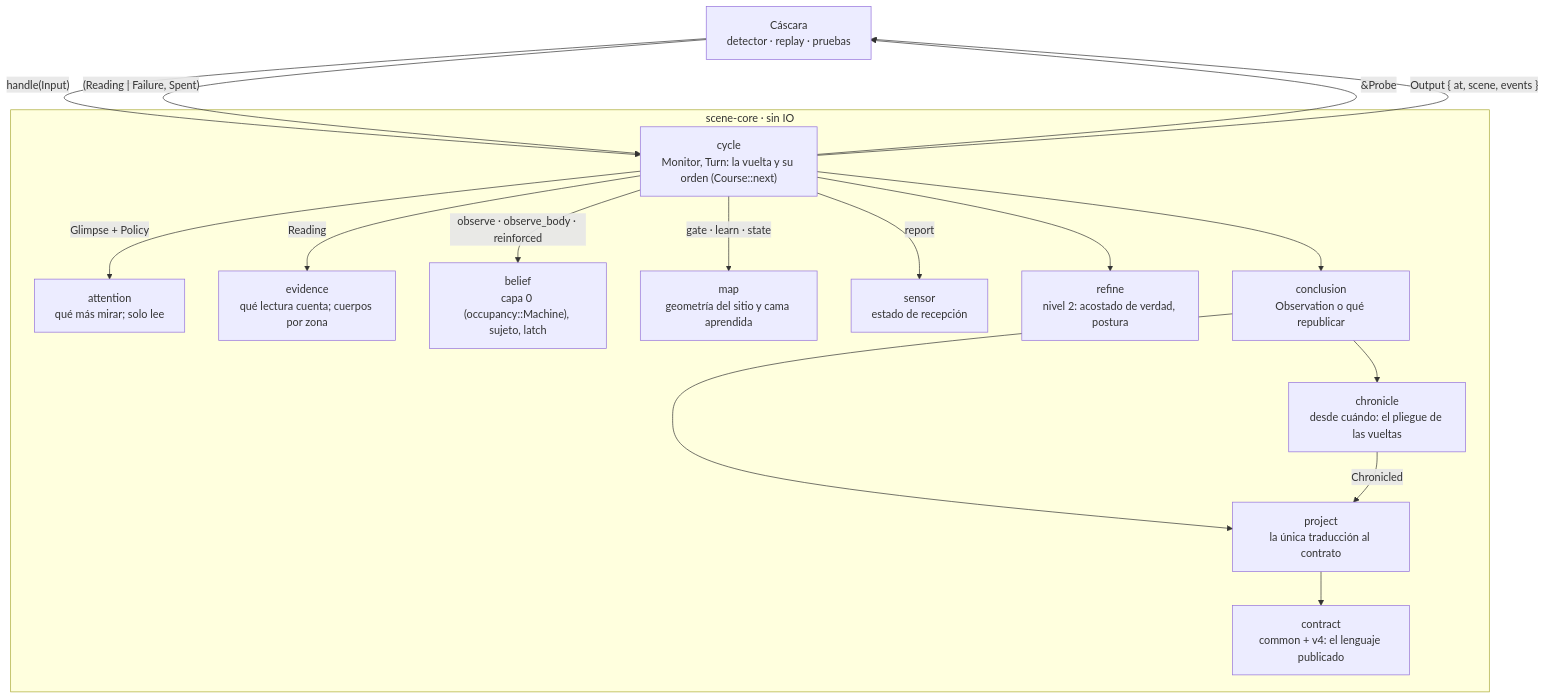
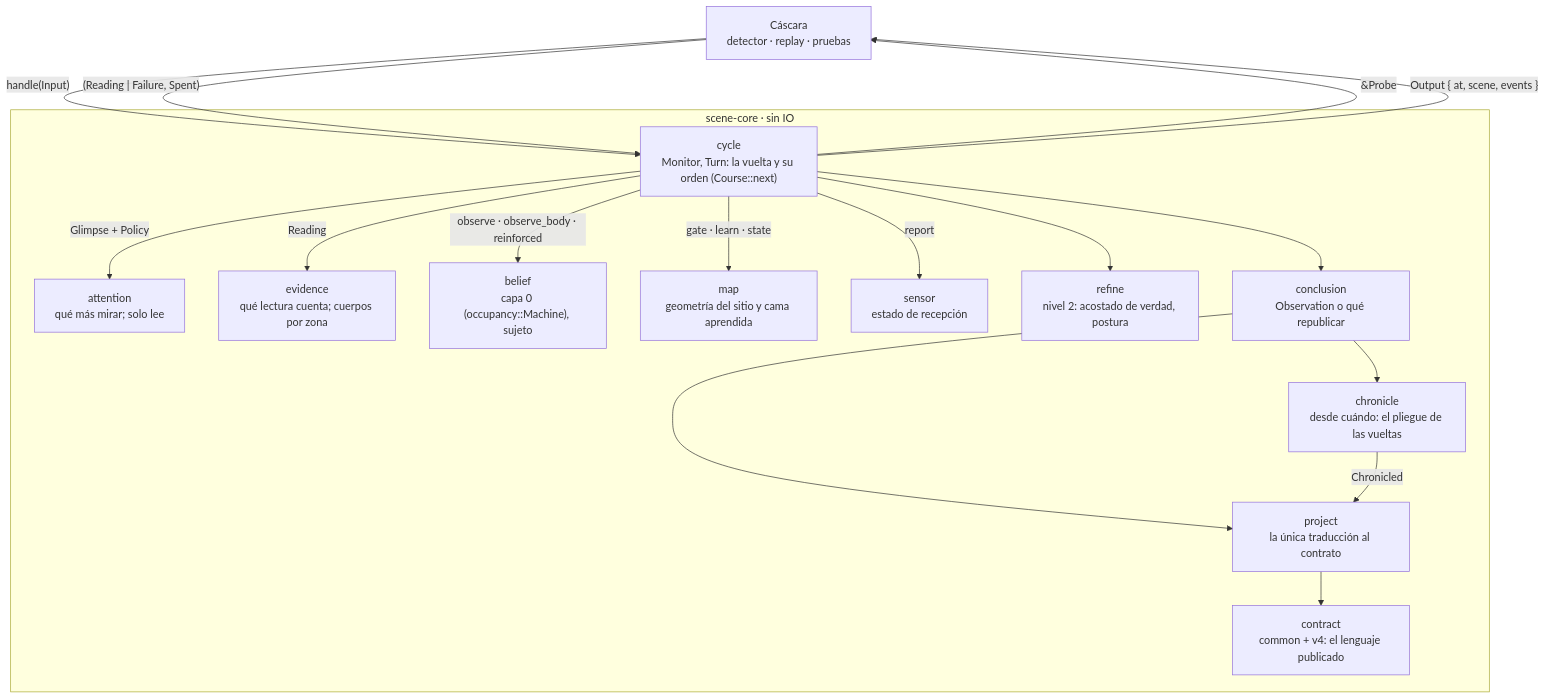
One commit to e7canasta/calipso-detector changed the second of 9 diagrams in arquitectura-c4.md. Above: the diagram before and after it, drawn with Mermaid. The commit also changed other lines of this file and 5 other files, not shown here.

````diff
--- a/arquitectura-c4.md
+++ b/arquitectura-c4.md
@@ -66,35 +66,35 @@
 ```mermaid
 flowchart TB
     shell["Cáscara<br/>detector · replay · pruebas"]
 
     subgraph core["scene-core · sin IO"]
         cycle["cycle<br/>Monitor, Turn: la vuelta y su orden (Course::next)"]
         attention["attention<br/>qué más mirar; solo lee"]
         evidence["evidence<br/>qué lectura cuenta; cuerpos por zona"]
-        belief["belief<br/>capa 0 (occupancy::Machine), sujeto, latch"]
+        belief["belief<br/>capa 0 (occupancy::Machine), sujeto"]
         mapm["map<br/>geometría del sitio y cama aprendida"]
         sensor["sensor<br/>estado de recepción"]
         refine["refine<br/>nivel 2: acostado de verdad, postura"]
         conclusion["conclusion<br/>Observation o qué republicar"]
         chronicle["chronicle<br/>desde cuándo: el pliegue de las vueltas"]
         project["project<br/>la única traducción al contrato"]
         contract["contract<br/>common + v4: el lenguaje publicado"]
     end
 
     shell -->|"handle(Input)"| cycle
     cycle -->|"&Probe"| shell
     shell -->|"(Reading | Failure, Spent)"| cycle
     cycle -->|"Output { at, scene, events }"| shell
 
     cycle -->|"Glimpse + Policy"| attention
     cycle -->|"Reading"| evidence
     cycle -->|"observe · observe_body · reinforced"| belief
     cycle -->|"gate · learn · state"| mapm
     cycle -->|"report"| sensor
     cycle --> refine
     cycle --> conclusion
     conclusion --> chronicle
     conclusion --> project
     chronicle -->|"Chronicled"| project
     project --> contract
 ```
````
